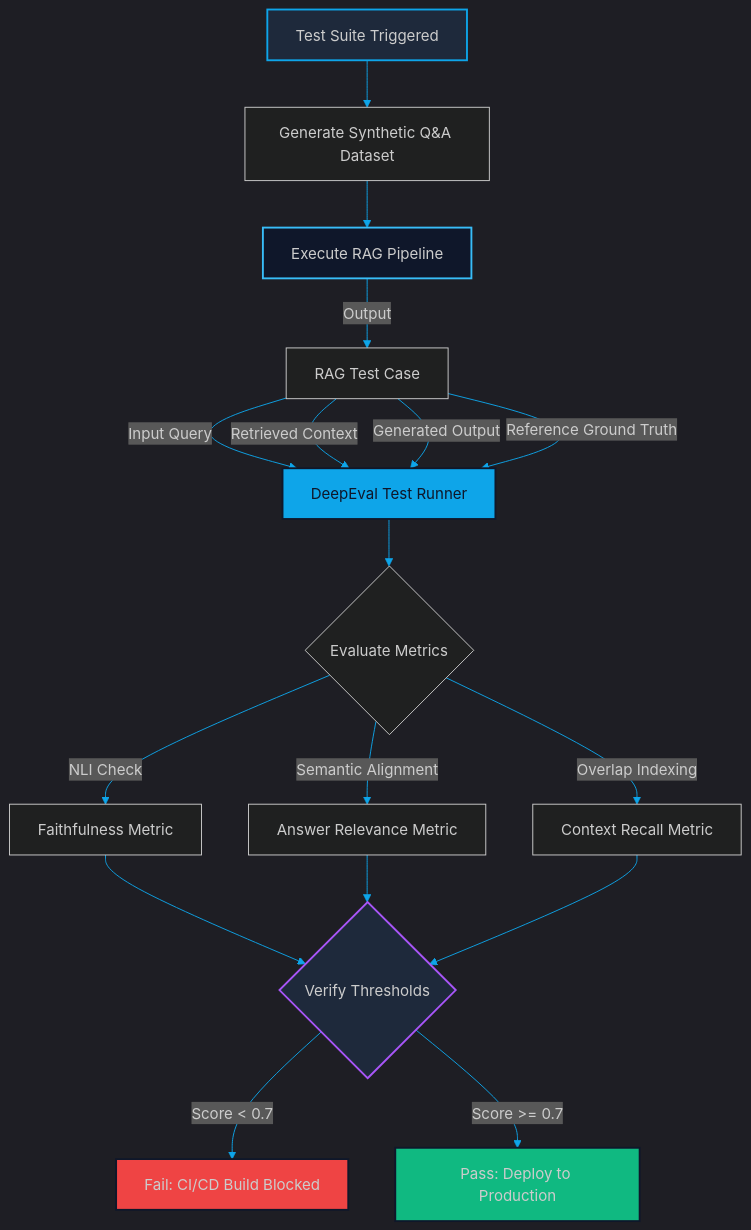
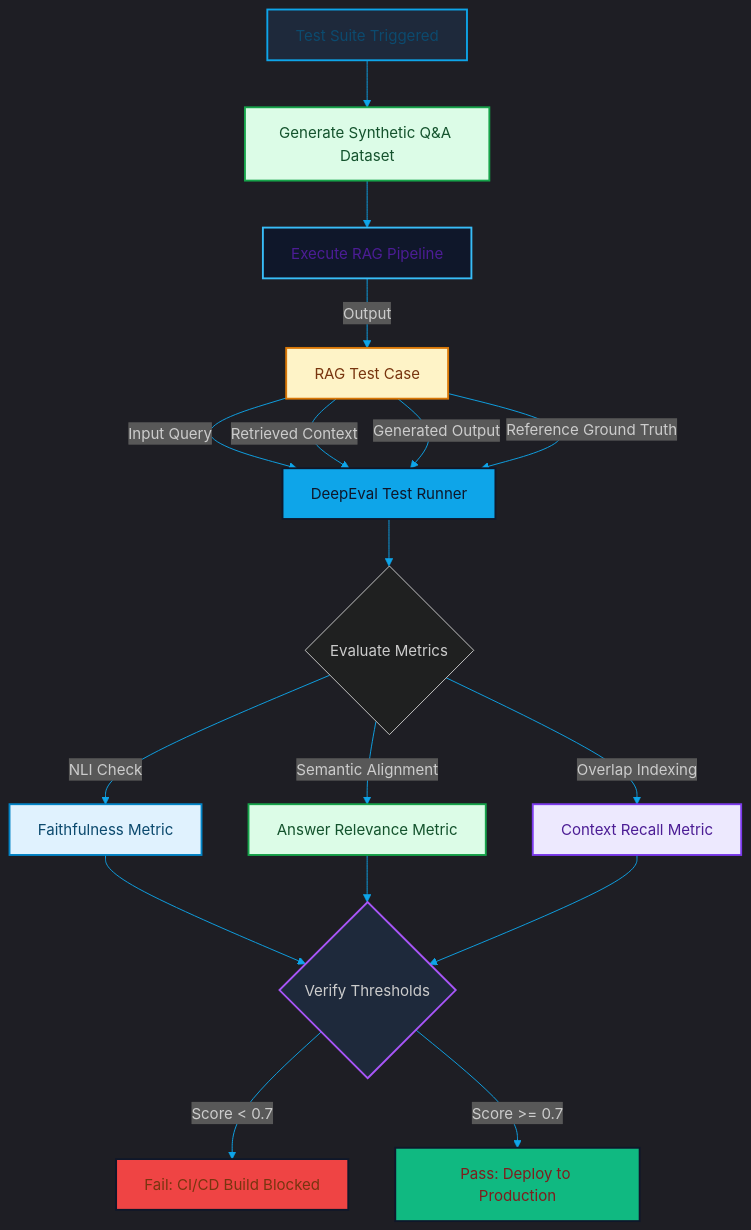
Before and after one commit to akmalkhaniub/akmalkhaniub.github.io: the diagram in blog/posts/automated-rag-evals-deepeval.md, drawn with Mermaid. The commit also changed other lines of this file and 1291 other files, not shown here.

First line of the commit message:
feat(catalog): unique covers, scholarly references, and diagram palettes

````diff
--- a/blog/posts/automated-rag-evals-deepeval.md
+++ b/blog/posts/automated-rag-evals-deepeval.md
@@ -23,31 +23,42 @@
 ```mermaid
 %%{init: {'theme': 'dark', 'themeVariables': { 'primaryColor': '#0ea5e9', 'primaryTextColor': '#f3f4f6', 'primaryBorderColor': '#38bdf8', 'lineColor': '#0ea5e9', 'secondaryColor': '#111827', 'tertiaryColor': '#111827'}}}%%
 flowchart TD
-    A[Test Suite Triggered] --> B[Generate Synthetic Q&A Dataset]
-    B --> C[Execute RAG Pipeline]
+    A["Test Suite Triggered"] --> B["Generate Synthetic Q&A Dataset"]
+    B --> C["Execute RAG Pipeline"]
     
-    C -->|Output| D[RAG Test Case]
-    D -->|Input Query| E[DeepEval Test Runner]
+    C -->|Output| D["RAG Test Case"]
+    D -->|Input Query| E["DeepEval Test Runner"]
     D -->|Retrieved Context| E
     D -->|Generated Output| E
     D -->|Reference Ground Truth| E
     
     E --> F{Evaluate Metrics}
-    F -->|NLI Check| G[Faithfulness Metric]
-    F -->|Semantic Alignment| H[Answer Relevance Metric]
-    F -->|Overlap Indexing| I[Context Recall Metric]
+    F -->|NLI Check| G["Faithfulness Metric"]
+    F -->|Semantic Alignment| H["Answer Relevance Metric"]
+    F -->|Overlap Indexing| I["Context Recall Metric"]
     
     G --> J{Verify Thresholds}
     H --> J
     I --> J
     
-    J -->|Score < 0.7| K[Fail: CI/CD Build Blocked]
-    J -->|Score >= 0.7| L[Pass: Deploy to Production]
+    J -->|Score < 0.7| K["Fail: CI/CD Build Blocked"]
+    J -->|Score >= 0.7| L["Pass: Deploy to Production"]
 
     style A fill:#1e293b,stroke:#0ea5e9,stroke-width:2px
     style C fill:#0f172a,stroke:#38bdf8,stroke-width:2px
     style E fill:#0ea5e9,stroke:#0f172a,stroke-width:2px,color:#0f172a
     style J fill:#1e293b,stroke:#a855f7,stroke-width:2px
     style K fill:#ef4444,stroke:#0f172a,stroke-width:2px
     style L fill:#10b981,stroke:#0f172a,stroke-width:2px
+
+classDef green fill:#dcfce7,stroke:#16a34a,stroke-width:2px,color:#14532d;
+classDef red fill:#fee2e2,stroke:#dc2626,stroke-width:2px,color:#7f1d1d;
+classDef blue fill:#e0f2fe,stroke:#0284c7,stroke-width:2px,color:#0c4a6e;
+classDef yellow fill:#fef3c7,stroke:#d97706,stroke-width:2px,color:#78350f;
+classDef purple fill:#ede9fe,stroke:#7c3aed,stroke-width:2px,color:#4c1d95;
+class A,G blue
+class B,H green
+class C,I purple
+class D,K yellow
+class E,L red
 ```
````
